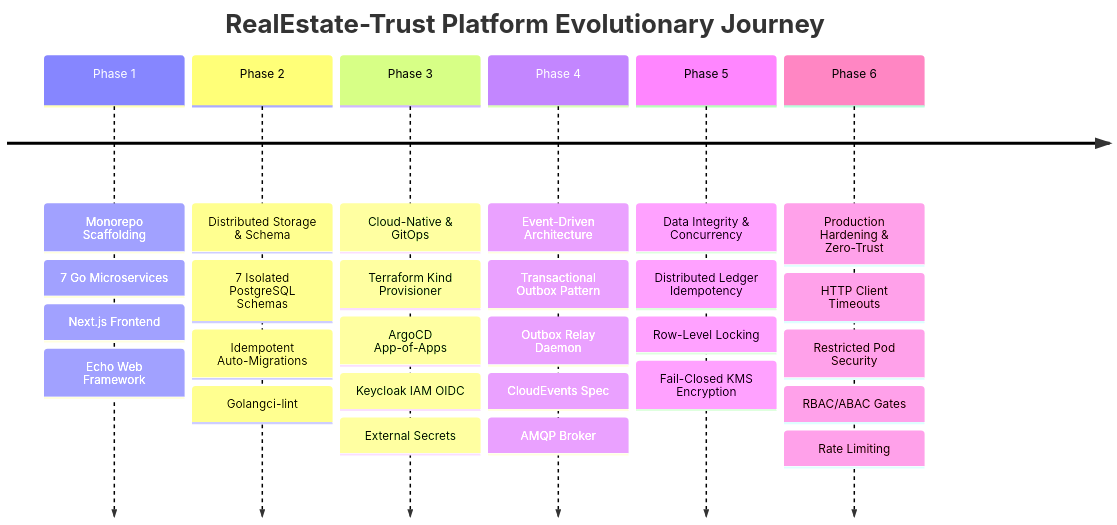
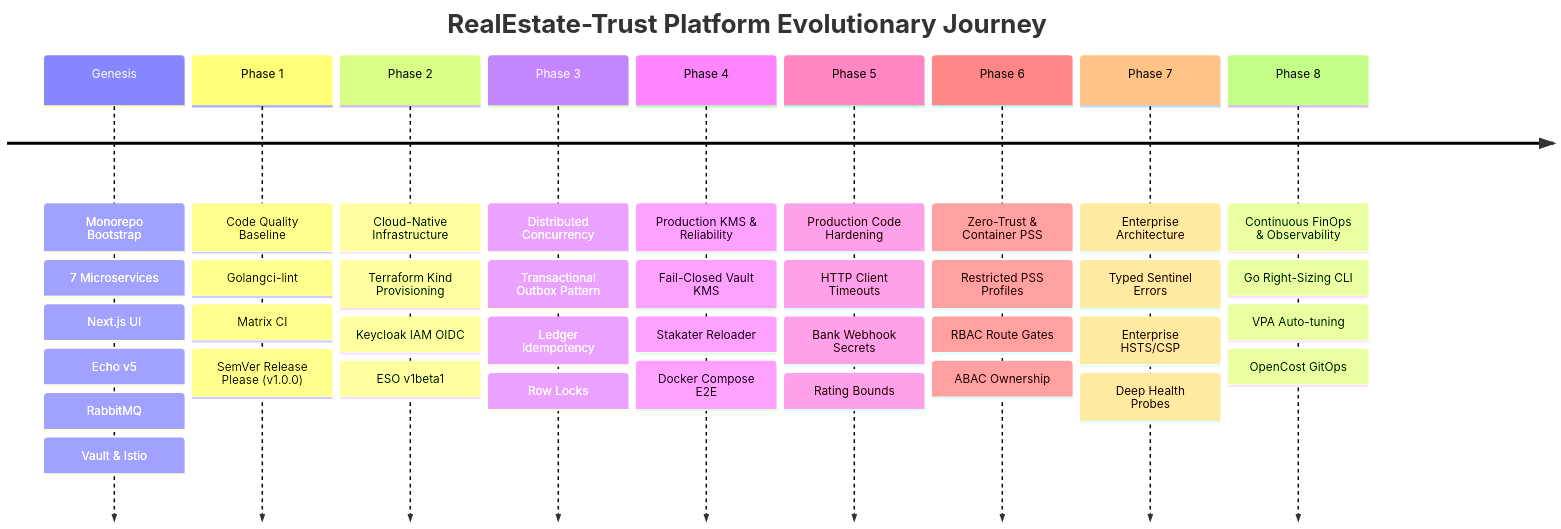
One commit to NItishSh/realestate-trust changed the second of 2 diagrams in docs/FEATURE_JOURNEY.md. Above: the diagram before and after it, drawn with Mermaid. The commit also changed other lines of this file, not shown here.

Commit message:
docs: document foundational pre-PR genesis commits in feature journey (#34)

````diff
--- a/docs/FEATURE_JOURNEY.md
+++ b/docs/FEATURE_JOURNEY.md
@@ -70,10 +117,13 @@
 ```mermaid
 timeline
     title RealEstate-Trust Platform Evolutionary Journey
-    Phase 1 : Monorepo Scaffolding : 7 Go Microservices : Next.js Frontend : Echo Web Framework
-    Phase 2 : Distributed Storage & Schema : 7 Isolated PostgreSQL Schemas : Idempotent Auto-Migrations : Golangci-lint
-    Phase 3 : Cloud-Native & GitOps : Terraform Kind Provisioner : ArgoCD App-of-Apps : Keycloak IAM OIDC : External Secrets
-    Phase 4 : Event-Driven Architecture : Transactional Outbox Pattern : Outbox Relay Daemon : CloudEvents Spec : AMQP Broker
-    Phase 5 : Data Integrity & Concurrency : Distributed Ledger Idempotency : Row-Level Locking : Fail-Closed KMS Encryption
-    Phase 6 : Production Hardening & Zero-Trust : HTTP Client Timeouts : Restricted Pod Security : RBAC/ABAC Gates : Rate Limiting
+    Genesis : Monorepo Bootstrap : 7 Microservices : Next.js UI : Echo v5 : RabbitMQ : Vault & Istio
+    Phase 1 : Code Quality Baseline : Golangci-lint : Matrix CI : SemVer Release Please (v1.0.0)
+    Phase 2 : Cloud-Native Infrastructure : Terraform Kind Provisioning : Keycloak IAM OIDC : ESO v1beta1
+    Phase 3 : Distributed Concurrency : Transactional Outbox Pattern : Ledger Idempotency : Row Locks
+    Phase 4 : Production KMS & Reliability : Fail-Closed Vault KMS : Stakater Reloader : Docker Compose E2E
+    Phase 5 : Production Code Hardening : HTTP Client Timeouts : Bank Webhook Secrets : Rating Bounds
+    Phase 6 : Zero-Trust & Container PSS : Restricted PSS Profiles : RBAC Route Gates : ABAC Ownership
+    Phase 7 : Enterprise Architecture : Typed Sentinel Errors : Enterprise HSTS/CSP : Deep Health Probes
+    Phase 8 : Continuous FinOps & Observability : Go Right-Sizing CLI : VPA Auto-tuning : OpenCost GitOps
 ```
````
